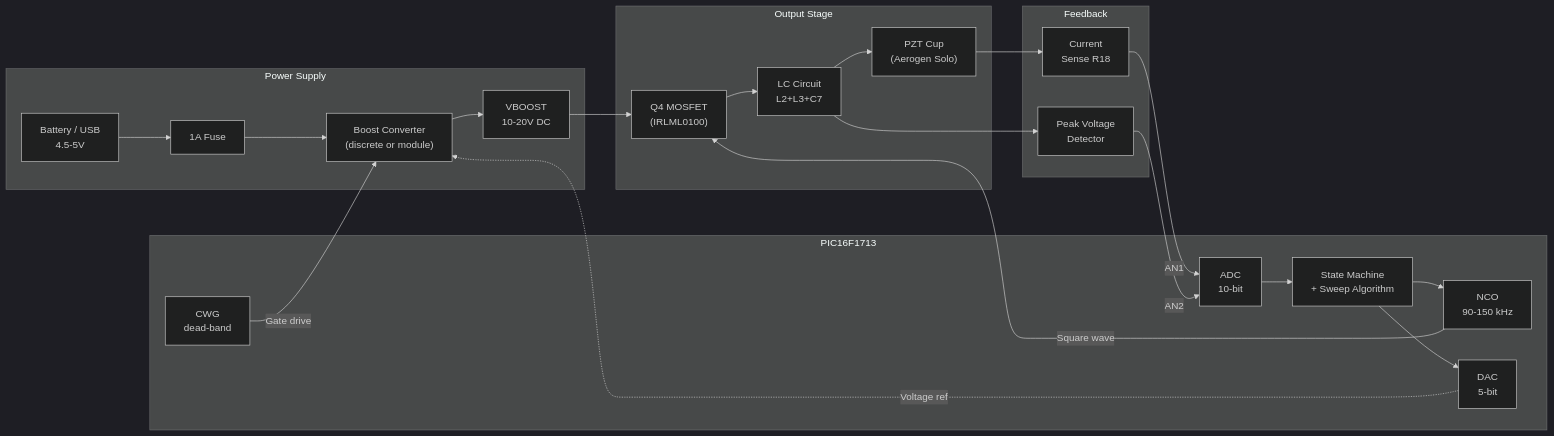
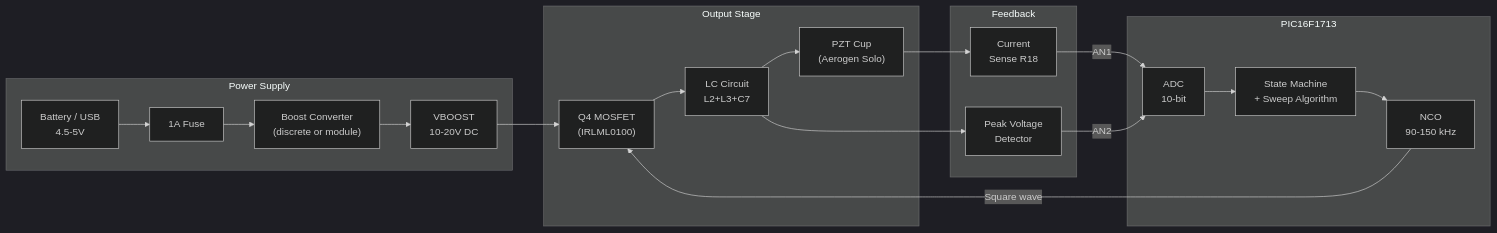
The second of 8 diagrams in docs/DIAGRAMS.md (dmchaledev/VibratingMeshNebulizerController), drawn with Mermaid (dark theme) before and after one commit. The commit also changed other lines of this file and 10 other files, not shown here.

````diff
--- a/docs/DIAGRAMS.md
+++ b/docs/DIAGRAMS.md
@@ -43,41 +39,36 @@
 ```mermaid
 flowchart LR
     subgraph POWER ["Power Supply"]
         BAT["Battery / USB\n4.5-5V"] --> FUSE["1A Fuse"]
         FUSE --> BOOST["Boost Converter\n(discrete or module)"]
         BOOST --> VBOOST["VBOOST\n10-20V DC"]
     end
 
     subgraph MCU ["PIC16F1713"]
         NCO["NCO\n90-150 kHz"] 
-        DAC["DAC\n5-bit"]
         ADC["ADC\n10-bit"]
-        CWG["CWG\ndead-band"]
         LOGIC["State Machine\n+ Sweep Algorithm"]
     end
 
     subgraph OUTPUT ["Output Stage"]
         Q4["Q4 MOSFET\n(IRLML0100)"]
         LC["LC Circuit\nL2+L3+C7"]
         PZT["PZT Cup\n(Aerogen Solo)"]
     end
 
     subgraph SENSE ["Feedback"]
         ISENSE["Current\nSense R18"]
         VPEAK["Peak Voltage\nDetector"]
     end
 
-    DAC -.->|Voltage ref| BOOST
-    CWG -->|Gate drive| BOOST
     NCO -->|Square wave| Q4
     VBOOST --> Q4
     Q4 --> LC
     LC --> PZT
     PZT --> ISENSE
     LC --> VPEAK
     ISENSE -->|AN1| ADC
     VPEAK -->|AN2| ADC
     ADC --> LOGIC
     LOGIC --> NCO
-    LOGIC --> DAC
 ```
````
